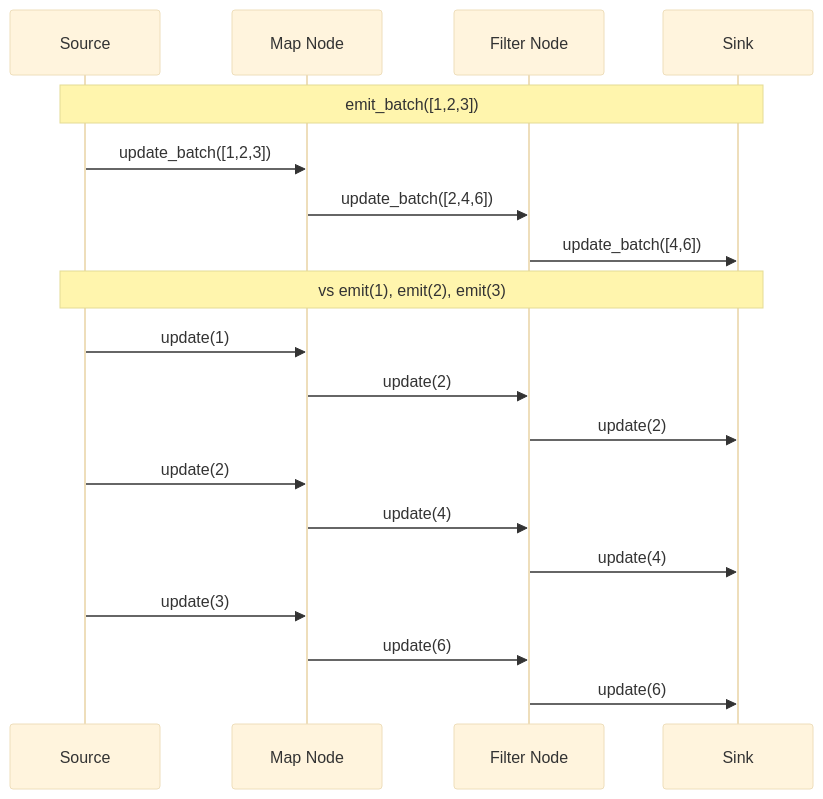
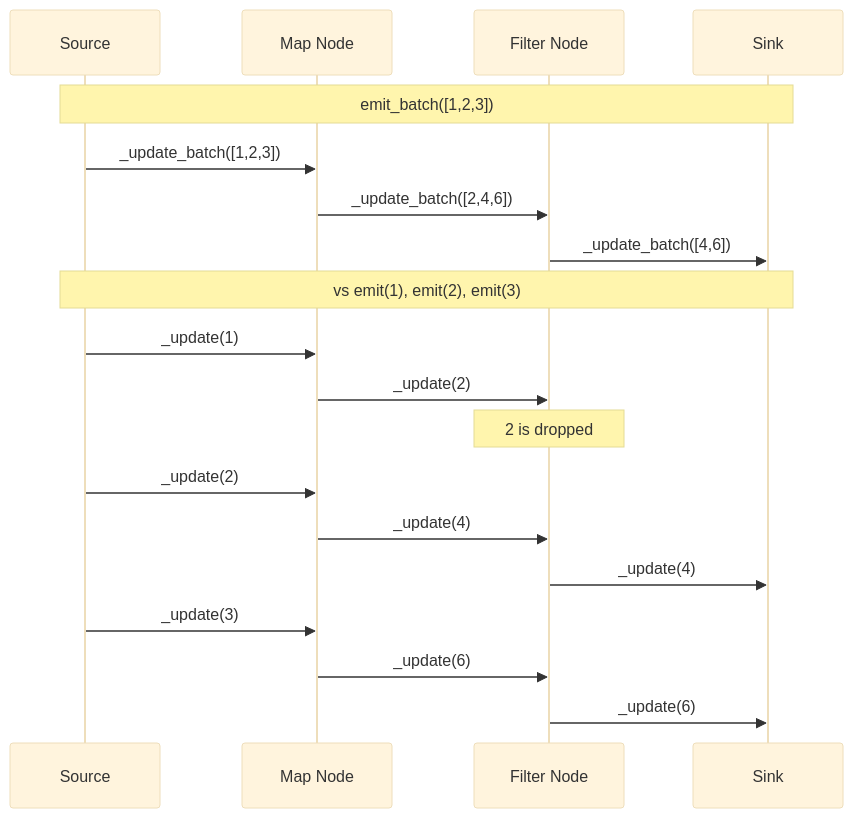
One commit to IsaacTay/akayu changed the second of 9 diagrams in docs/features/batch-processing.md. Above: the diagram before and after it, drawn with Mermaid (base theme). The commit also changed other lines of this file and 19 other files, not shown here.

````diff
--- a/docs/features/batch-processing.md
+++ b/docs/features/batch-processing.md
@@ -68,23 +66,23 @@
 ```mermaid
 sequenceDiagram
     participant S as Source
     participant M as Map Node
     participant F as Filter Node
     participant K as Sink
 
     Note over S,K: emit_batch([1,2,3])
-    S->>M: update_batch([1,2,3])
-    M->>F: update_batch([2,4,6])
-    F->>K: update_batch([4,6])
+    S->>M: _update_batch([1,2,3])
+    M->>F: _update_batch([2,4,6])
+    F->>K: _update_batch([4,6])
 
     Note over S,K: vs emit(1), emit(2), emit(3)
-    S->>M: update(1)
-    M->>F: update(2)
-    F->>K: update(2)
-    S->>M: update(2)
-    M->>F: update(4)
-    F->>K: update(4)
-    S->>M: update(3)
-    M->>F: update(6)
-    F->>K: update(6)
+    S->>M: _update(1)
+    M->>F: _update(2)
+    Note over F: 2 is dropped
+    S->>M: _update(2)
+    M->>F: _update(4)
+    F->>K: _update(4)
+    S->>M: _update(3)
+    M->>F: _update(6)
+    F->>K: _update(6)
 ```
````
